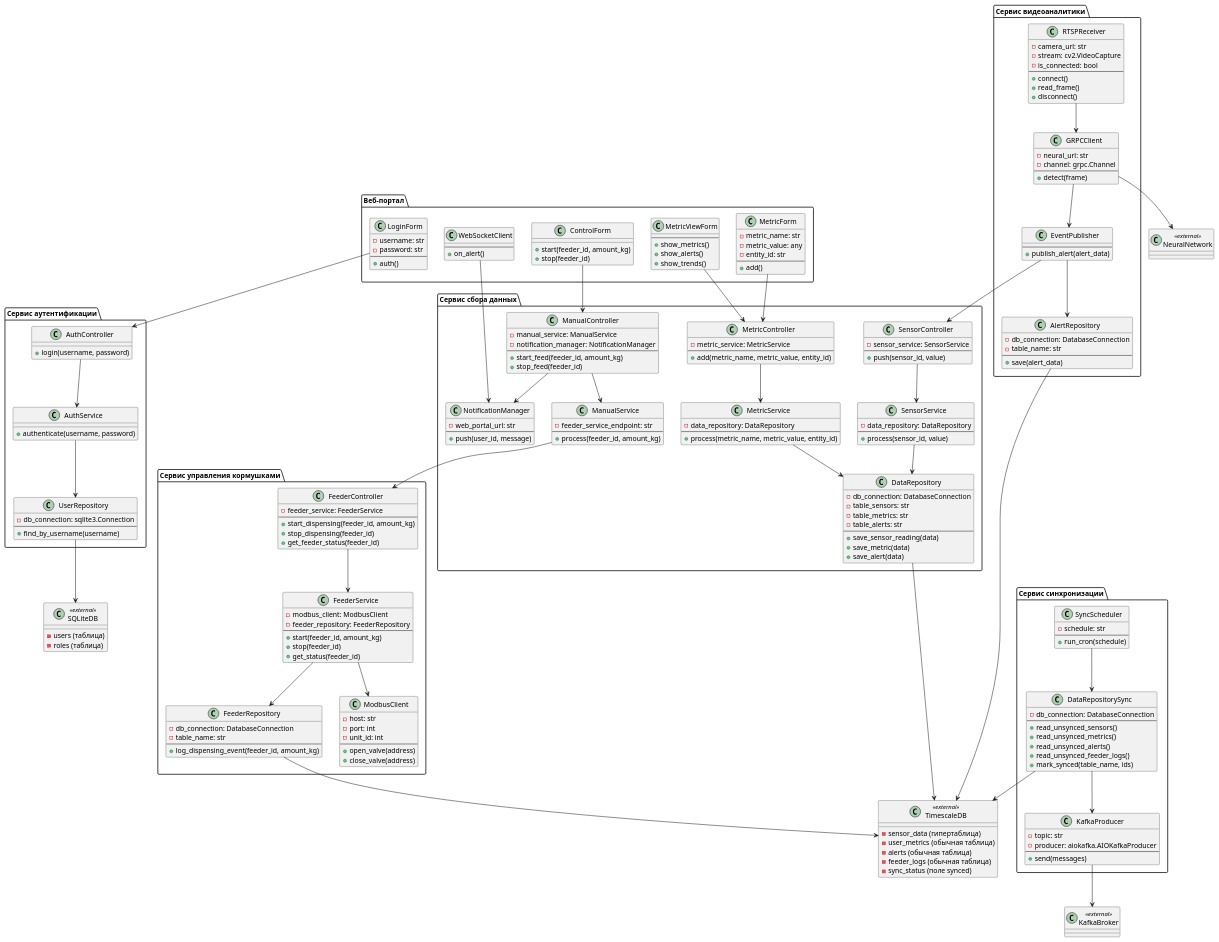
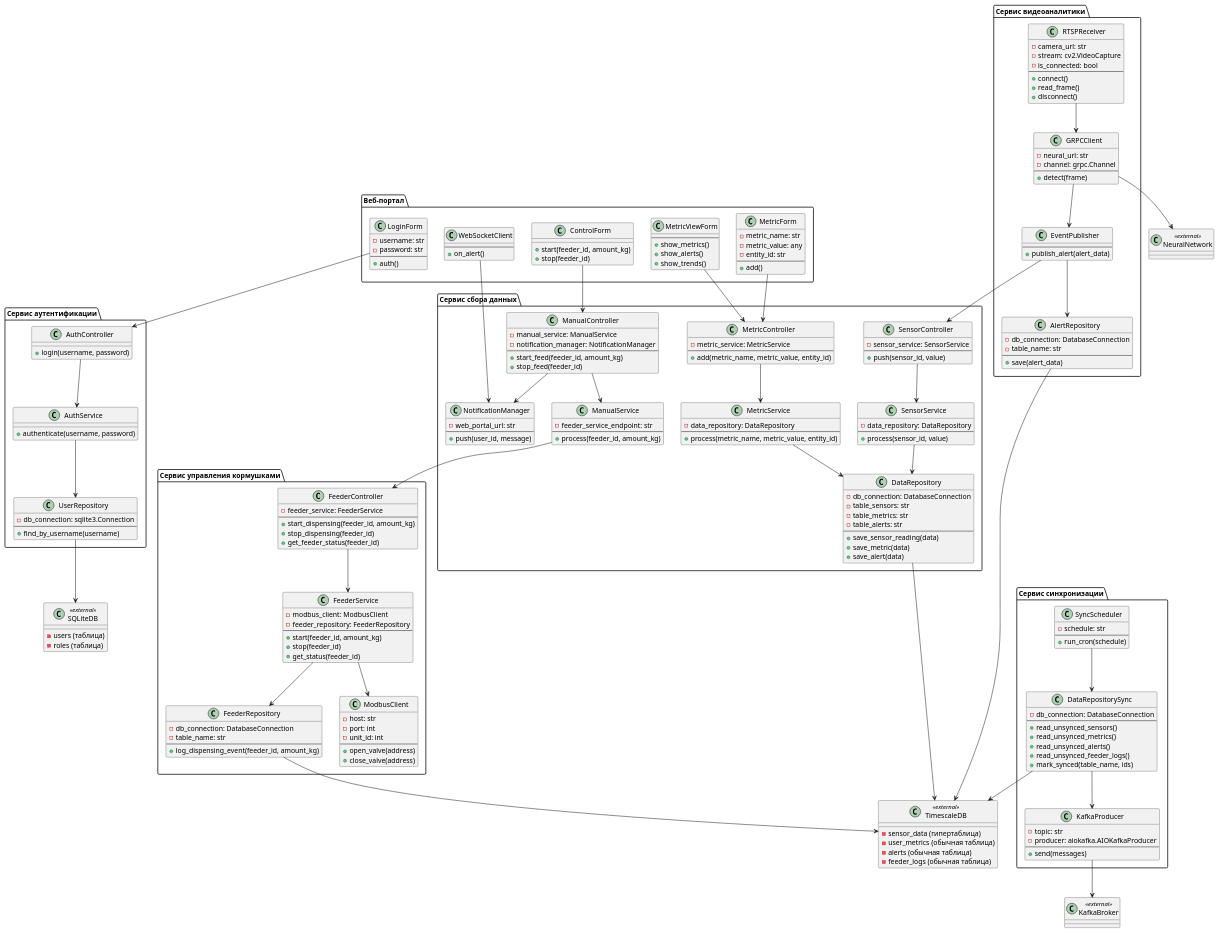
One commit to BelousovaNatali/MSA-AgroTech changed the diagram in Task3/С4_main.puml. Above: the diagram before and after it, drawn with PlantUML.

Commit message:
Sprint 1 Доработки БД

```diff
--- a/Task3/С4_main.puml
+++ b/Task3/С4_main.puml
@@ -203,7 +203,6 @@
     - user_metrics (обычная таблица)
     - alerts (обычная таблица)
     - feeder_logs (обычная таблица)
-    - sync_status (поле synced)
 }
 
 class SQLiteDB <<external>> {
```
